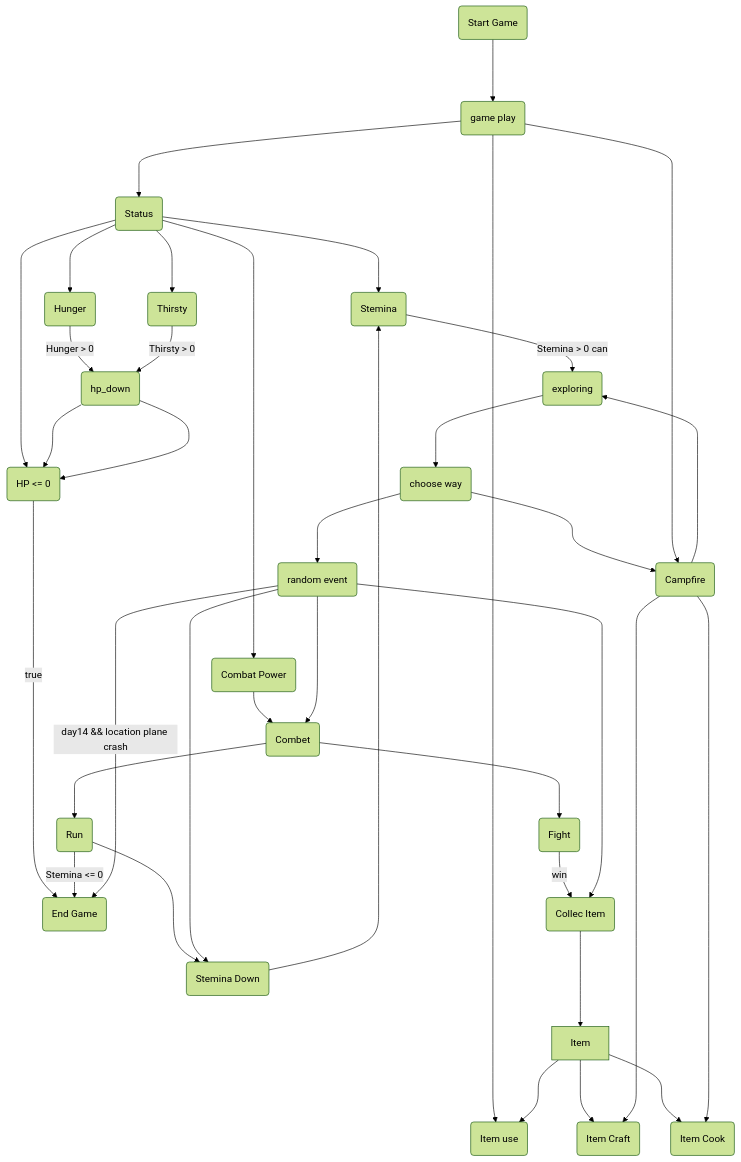
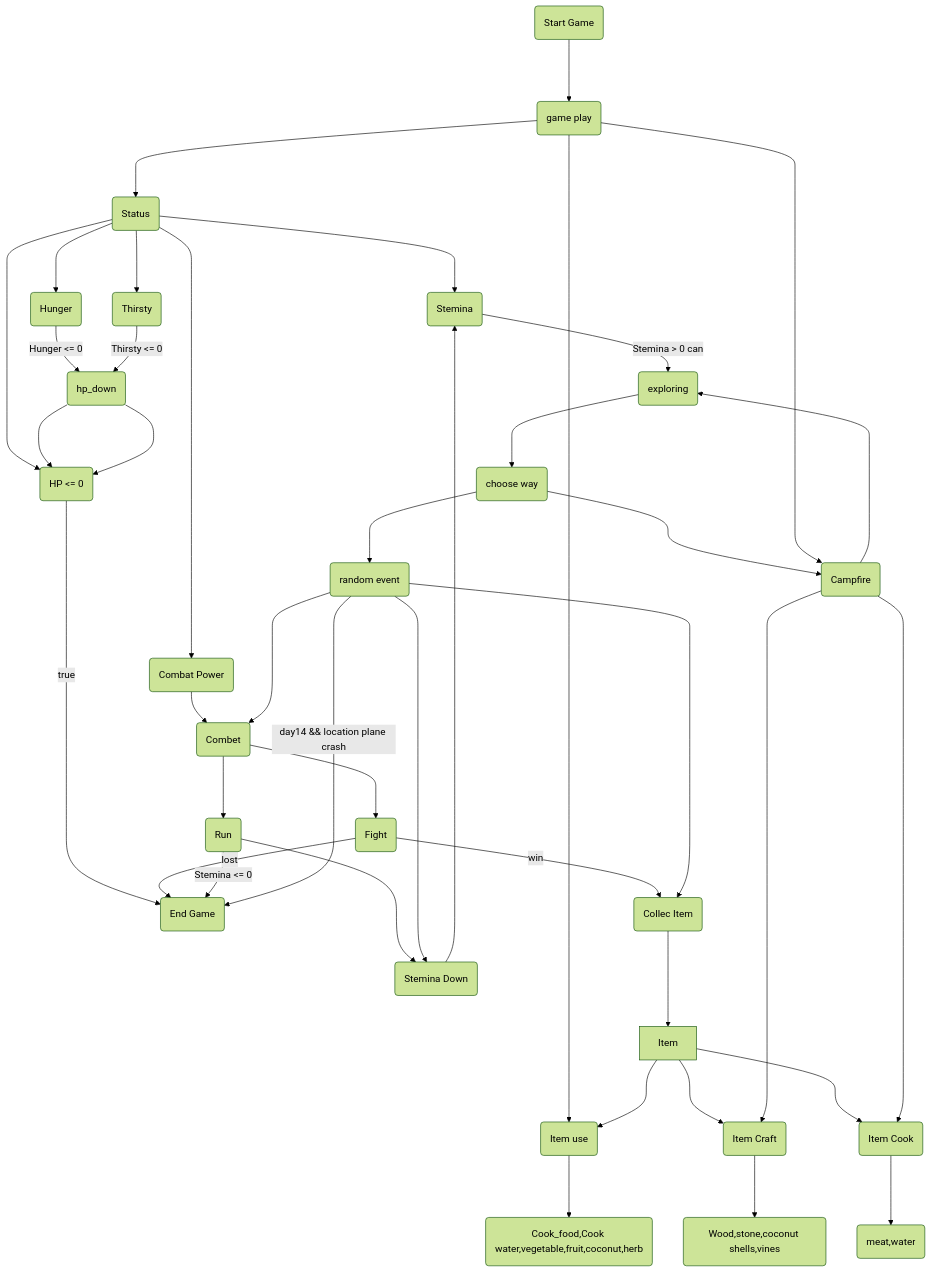
The diagram in need me.md (SSProgamer/C-Project), drawn with Mermaid (forest theme) before and after one commit.

Commit message:
Update need me.md

````diff
--- a/need me.md
+++ b/need me.md
@@ -35,27 +35,28 @@
 ```mermaid
 flowchart TD
 start(Start Game) ---> ingame(game play)
 ingame ---> status(Status) --->hp
 status ---> Stemina(Stemina) -- Stemina > 0 can--> explore
-status ---> Hunger(Hunger) --Hunger > 0--> hp_down(hp_down) ---> hp
-status ---> Thirsty(Thirsty) --Thirsty > 0--> hp_down(hp_down) ---> hp
+status ---> Hunger(Hunger) --Hunger <= 0--> hp_down(hp_down) ---> hp
+status ---> Thirsty(Thirsty) --Thirsty <= 0--> hp_down(hp_down) ---> hp
 status ---> combatpower(Combat Power) --> combet
 hp(HP <= 0) --true--> e(End Game)
 
 campfire ---> explore(exploring) ---> way(choose way) ---> event(random event)
 way ---> campfire
 event ----> combet(Combet)
 combet ---> fight(Fight) --win--> collectitem(Collec Item)
+fight(Fight) --lost--> e
 combet ---> run(Run) ---> Steminadown(Stemina Down) --> Stemina
 run(Run) --Stemina <= 0--> e
 event ---> Steminadown(Stemina Down)
 event --day14 && location plane crash--> e(End Game)
 event(random event) ----> collectitem(Collec Item) ---> Item
 ingame ---> Itemuse(Item use)
-Item ---> Itemuse
-Item ---> Itemcraft(Item Craft)
-Item ---> Itemcook(Item Cook)
+Item ---> Itemuse ---> Itemuseable(Cook_food,Cook water,vegetable,fruit,coconut,herb)
+Item ---> Itemcraft(Item Craft) ---> Itemcraftable(Wood,stone,coconut shells,vines)
+Item ---> Itemcook(Item Cook) ---> Itemcookable(meat,water)
 ingame ---> campfire(Campfire)
 campfire(Campfire) ---> Itemcraft(Item Craft)
 campfire(Campfire) ---> Itemcook(Item Cook)
 ```
````
